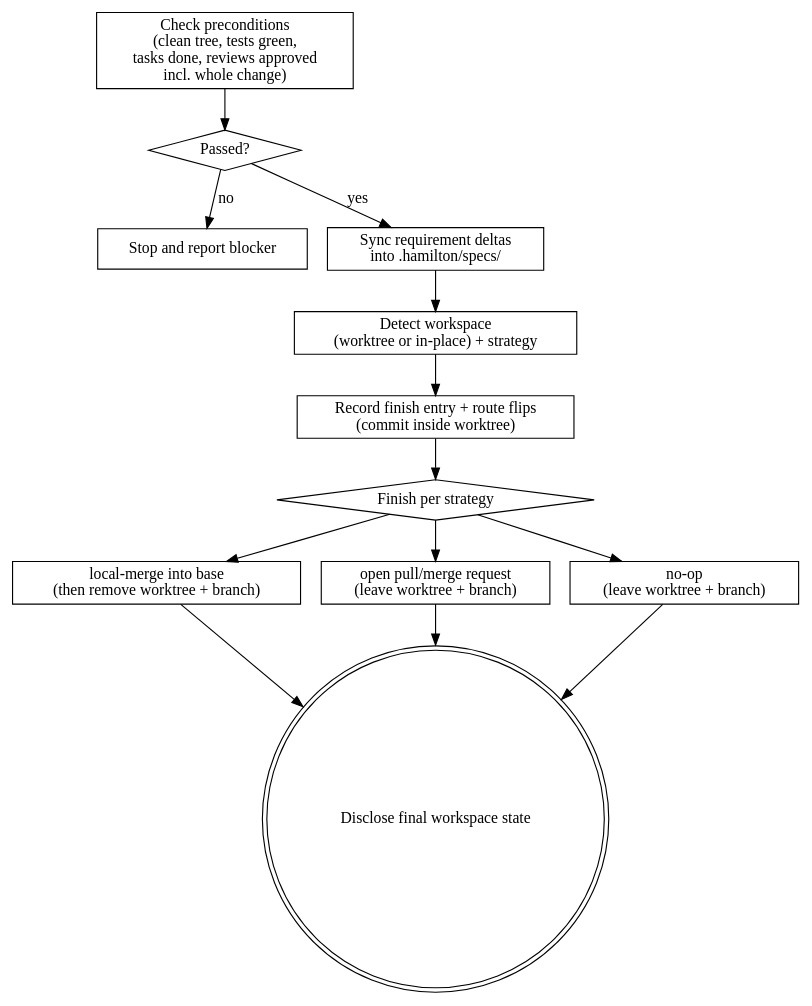
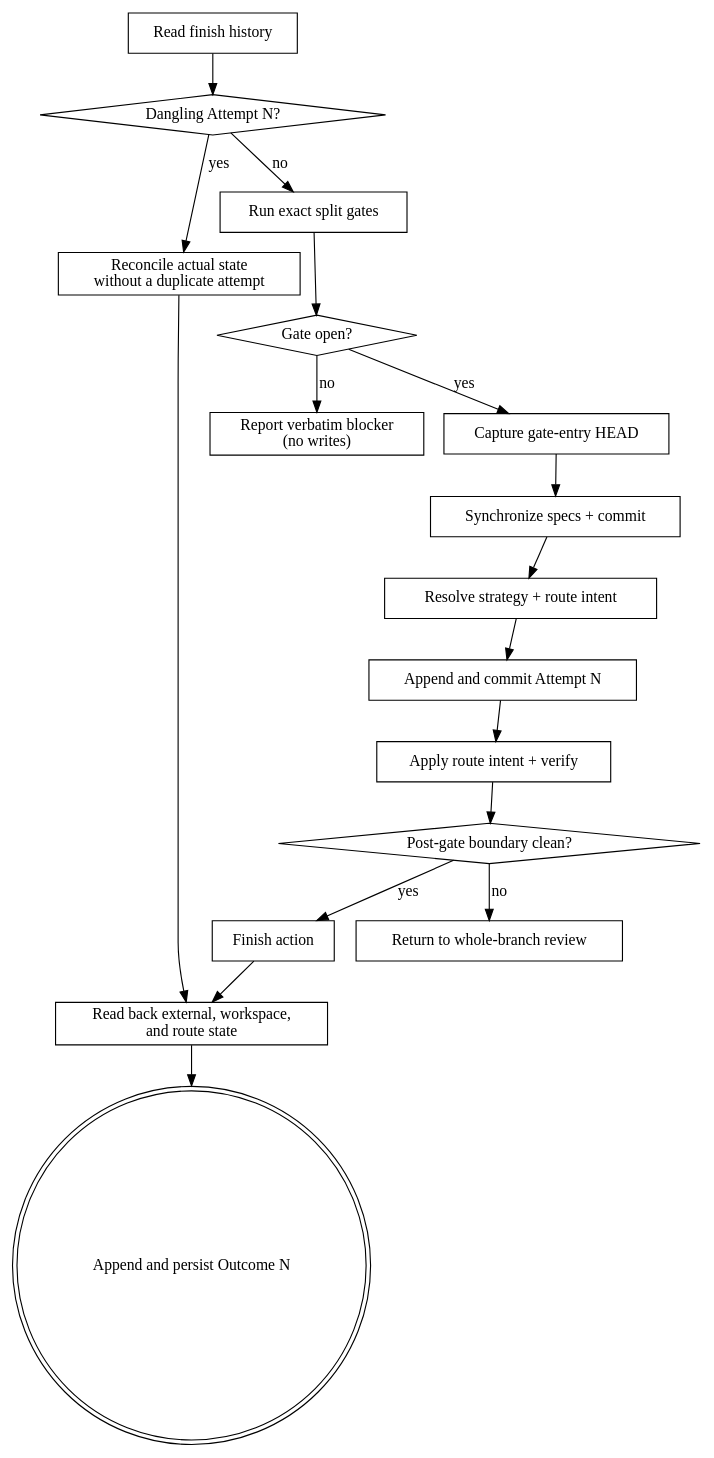
Before and after one commit to caiorcferreira/hamilton: the diagram in skills/hamilton-finish-work/SKILL.md, drawn with Graphviz. The commit also changed other lines of this file and 144 other files, not shown here.

First line of the commit message:
Separate task execution and feedback from whole-branch review (#41)

````diff
--- a/skills/hamilton-finish-work/SKILL.md
+++ b/skills/hamilton-finish-work/SKILL.md
@@ -191,28 +326,37 @@
 ```dot
 digraph hamilton_finish_work {
-    "Check preconditions\n(clean tree, tests green,\ntasks done, reviews approved\nincl. whole change)" [shape=box];
-    "Passed?" [shape=diamond];
-    "Stop and report blocker" [shape=box];
-    "Sync requirement deltas\ninto .hamilton/specs/" [shape=box];
-    "Detect workspace\n(worktree or in-place) + strategy" [shape=box];
-    "Record finish entry + route flips\n(commit inside worktree)" [shape=box];
-    "Finish per strategy" [shape=diamond];
-    "local-merge into base\n(then remove worktree + branch)" [shape=box];
-    "open pull/merge request\n(leave worktree + branch)" [shape=box];
-    "no-op\n(leave worktree + branch)" [shape=box];
-    "Disclose final workspace state" [shape=doublecircle];
+    "Read finish history" [shape=box];
+    "Dangling Attempt N?" [shape=diamond];
+    "Reconcile actual state\nwithout a duplicate attempt" [shape=box];
+    "Run exact split gates" [shape=box];
+    "Gate open?" [shape=diamond];
+    "Report verbatim blocker\n(no writes)" [shape=box];
+    "Capture gate-entry HEAD" [shape=box];
+    "Synchronize specs + commit" [shape=box];
+    "Resolve strategy + route intent" [shape=box];
+    "Append and commit Attempt N" [shape=box];
+    "Apply route intent + verify" [shape=box];
+    "Post-gate boundary clean?" [shape=diamond];
+    "Finish action" [shape=box];
+    "Read back external, workspace,\nand route state" [shape=box];
+    "Append and persist Outcome N" [shape=doublecircle];
+    "Return to whole-branch review" [shape=box];
 
-    "Check preconditions\n(clean tree, tests green,\ntasks done, reviews approved\nincl. whole change)" -> "Passed?";
-    "Passed?" -> "Stop and report blocker" [label="no"];
-    "Passed?" -> "Sync requirement deltas\ninto .hamilton/specs/" [label="yes"];
-    "Sync requirement deltas\ninto .hamilton/specs/" -> "Detect workspace\n(worktree or in-place) + strategy";
-    "Detect workspace\n(worktree or in-place) + strategy" -> "Record finish entry + route flips\n(commit inside worktree)";
-    "Record finish entry + route flips\n(commit inside worktree)" -> "Finish per strategy";
-    "Finish per strategy" -> "local-merge into base\n(then remove worktree + branch)";
-    "Finish per strategy" -> "open pull/merge request\n(leave worktree + branch)";
-    "Finish per strategy" -> "no-op\n(leave worktree + branch)";
-    "local-merge into base\n(then remove worktree + branch)" -> "Disclose final workspace state";
-    "open pull/merge request\n(leave worktree + branch)" -> "Disclose final workspace state";
-    "no-op\n(leave worktree + branch)" -> "Disclose final workspace state";
+    "Read finish history" -> "Dangling Attempt N?";
+    "Dangling Attempt N?" -> "Reconcile actual state\nwithout a duplicate attempt" [label="yes"];
+    "Dangling Attempt N?" -> "Run exact split gates" [label="no"];
+    "Run exact split gates" -> "Gate open?";
+    "Gate open?" -> "Report verbatim blocker\n(no writes)" [label="no"];
+    "Gate open?" -> "Capture gate-entry HEAD" [label="yes"];
+    "Capture gate-entry HEAD" -> "Synchronize specs + commit";
+    "Synchronize specs + commit" -> "Resolve strategy + route intent";
+    "Resolve strategy + route intent" -> "Append and commit Attempt N";
+    "Append and commit Attempt N" -> "Apply route intent + verify";
+    "Apply route intent + verify" -> "Post-gate boundary clean?";
+    "Post-gate boundary clean?" -> "Return to whole-branch review" [label="no"];
+    "Post-gate boundary clean?" -> "Finish action" [label="yes"];
+    "Finish action" -> "Read back external, workspace,\nand route state";
+    "Read back external, workspace,\nand route state" -> "Append and persist Outcome N";
+    "Reconcile actual state\nwithout a duplicate attempt" -> "Read back external, workspace,\nand route state";
 }
 ```
````
